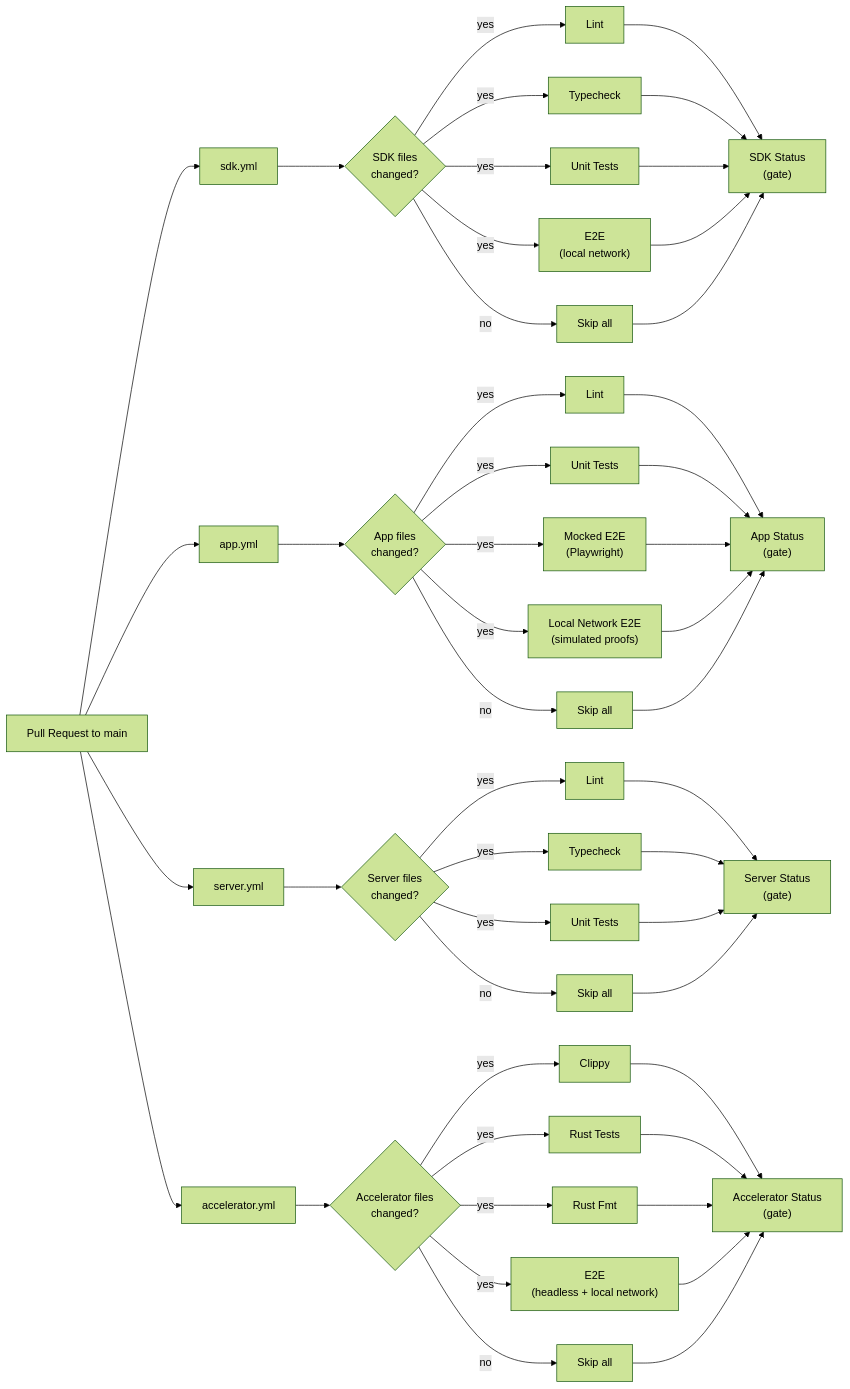
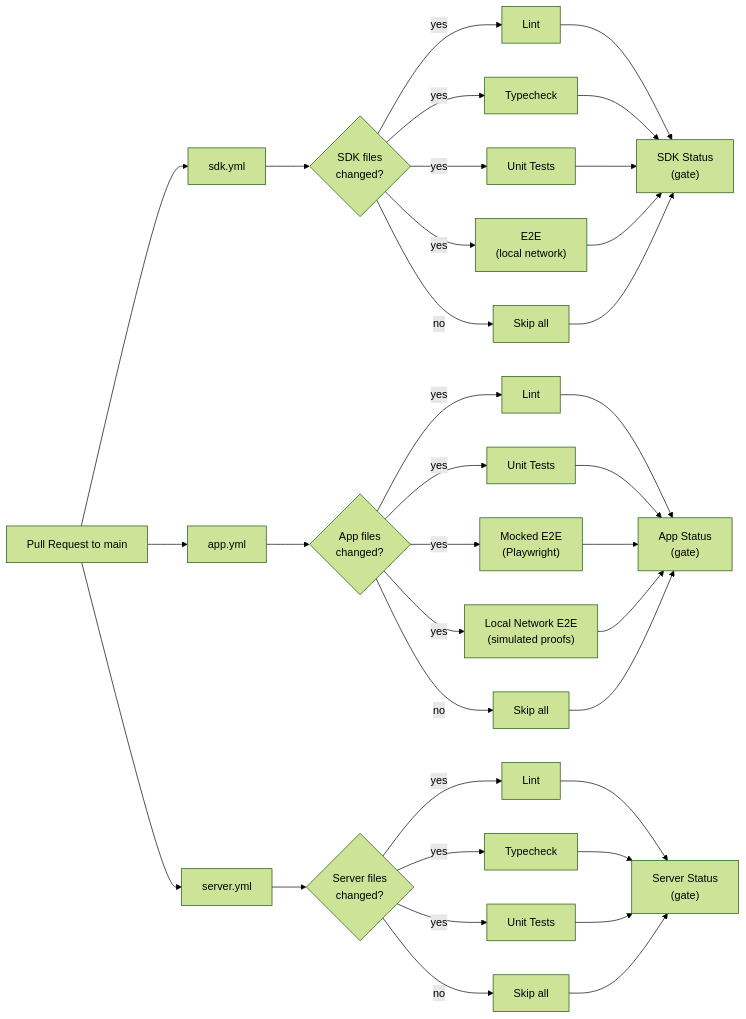
One commit to alejoamiras/tee-rex changed the first of 5 diagrams in docs/ci-pipeline.md. Above: the diagram before and after it, drawn with Mermaid (forest theme). The commit also changed other lines of this file and 117 other files, not shown here.

````diff
--- a/docs/ci-pipeline.md
+++ b/docs/ci-pipeline.md
@@ -24,38 +24,30 @@
 ```mermaid
 graph LR
     PR["Pull Request to main"] --> sdk["sdk.yml"]
     PR --> app["app.yml"]
     PR --> server["server.yml"]
 
     sdk --> sdk_changes{"SDK files\nchanged?"}
     sdk_changes -->|yes| sdk_lint["Lint"]
     sdk_changes -->|yes| sdk_tc["Typecheck"]
     sdk_changes -->|yes| sdk_unit["Unit Tests"]
     sdk_changes -->|yes| sdk_e2e["E2E\n(local network)"]
     sdk_changes -->|no| sdk_skip["Skip all"]
     sdk_lint & sdk_tc & sdk_unit & sdk_e2e & sdk_skip --> sdk_gate["SDK Status\n(gate)"]
 
     app --> app_changes{"App files\nchanged?"}
     app_changes -->|yes| app_lint["Lint"]
     app_changes -->|yes| app_unit["Unit Tests"]
     app_changes -->|yes| app_mocked["Mocked E2E\n(Playwright)"]
     app_changes -->|yes| app_local["Local Network E2E\n(simulated proofs)"]
     app_changes -->|no| app_skip["Skip all"]
     app_lint & app_unit & app_mocked & app_local & app_skip --> app_gate["App Status\n(gate)"]
 
     server --> srv_changes{"Server files\nchanged?"}
     srv_changes -->|yes| srv_lint["Lint"]
     srv_changes -->|yes| srv_tc["Typecheck"]
     srv_changes -->|yes| srv_unit["Unit Tests"]
     srv_changes -->|no| srv_skip["Skip all"]
     srv_lint & srv_tc & srv_unit & srv_skip --> srv_gate["Server Status\n(gate)"]
 
-    PR --> accel["accelerator.yml"]
-    accel --> accel_changes{"Accelerator files\nchanged?"}
-    accel_changes -->|yes| accel_clippy["Clippy"]
-    accel_changes -->|yes| accel_test["Rust Tests"]
-    accel_changes -->|yes| accel_fmt["Rust Fmt"]
-    accel_changes -->|yes| accel_e2e["E2E\n(headless + local network)"]
-    accel_changes -->|no| accel_skip["Skip all"]
-    accel_clippy & accel_test & accel_fmt & accel_e2e & accel_skip --> accel_gate["Accelerator Status\n(gate)"]
 ```
````
